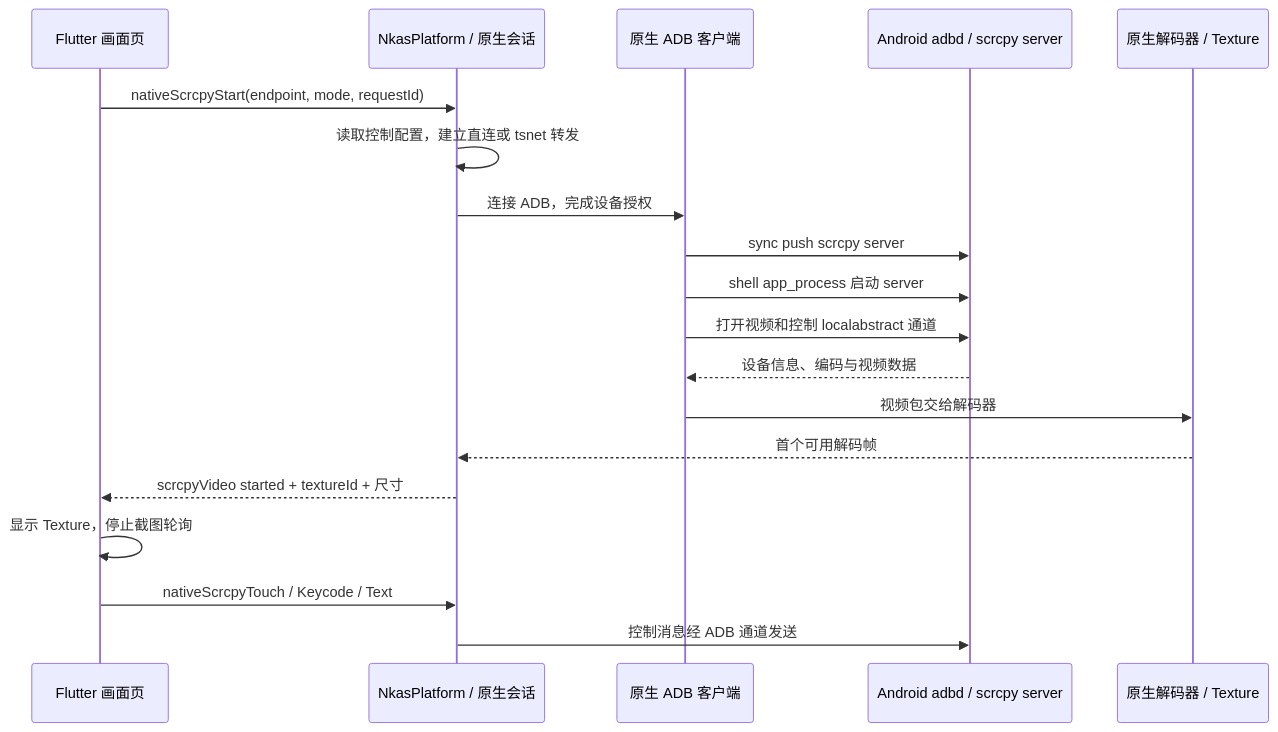
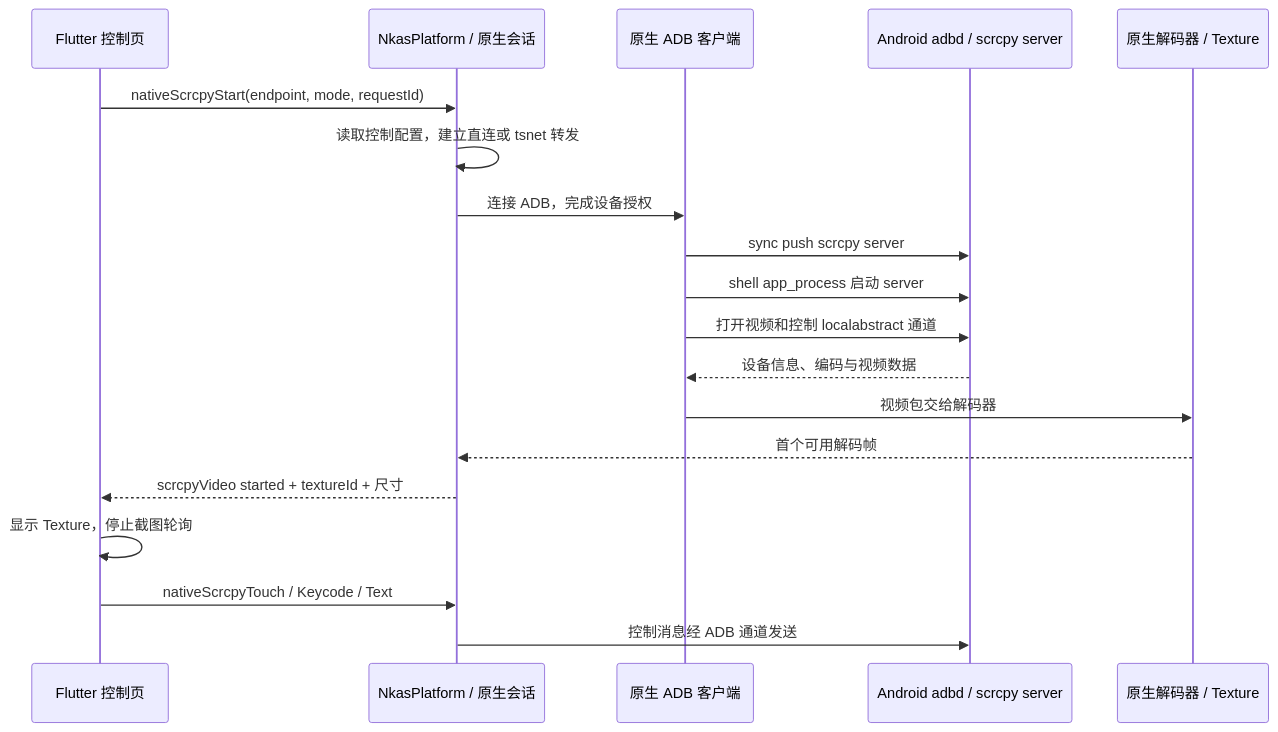
Before and after one commit to megumiss/NIKKEAutoScriptAndroid: the second of 3 diagrams in docs/ARCHITECTURE.md, drawn with Mermaid. The commit also changed other lines of this file and 2 other files, not shown here.

````diff
--- a/docs/ARCHITECTURE.md
+++ b/docs/ARCHITECTURE.md
@@ -89,21 +89,21 @@
 ```mermaid
 sequenceDiagram
-    participant UI as Flutter 画面页
+    participant UI as Flutter 控制页
     participant P as NkasPlatform / 原生会话
     participant A as 原生 ADB 客户端
     participant D as Android adbd / scrcpy server
     participant V as 原生解码器 / Texture
     UI->>P: nativeScrcpyStart(endpoint, mode, requestId)
     P->>P: 读取控制配置，建立直连或 tsnet 转发
     P->>A: 连接 ADB，完成设备授权
     A->>D: sync push scrcpy server
     A->>D: shell app_process 启动 server
     A->>D: 打开视频和控制 localabstract 通道
     D-->>A: 设备信息、编码与视频数据
     A->>V: 视频包交给解码器
     V-->>P: 首个可用解码帧
     P-->>UI: scrcpyVideo started + textureId + 尺寸
     UI->>UI: 显示 Texture，停止截图轮询
     UI->>P: nativeScrcpyTouch / Keycode / Text
     P->>D: 控制消息经 ADB 通道发送
 ```
````
